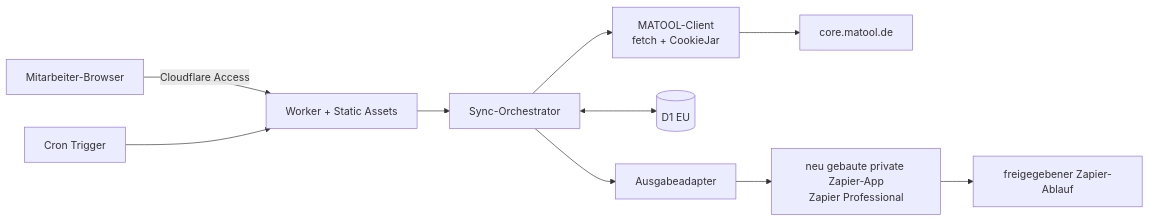
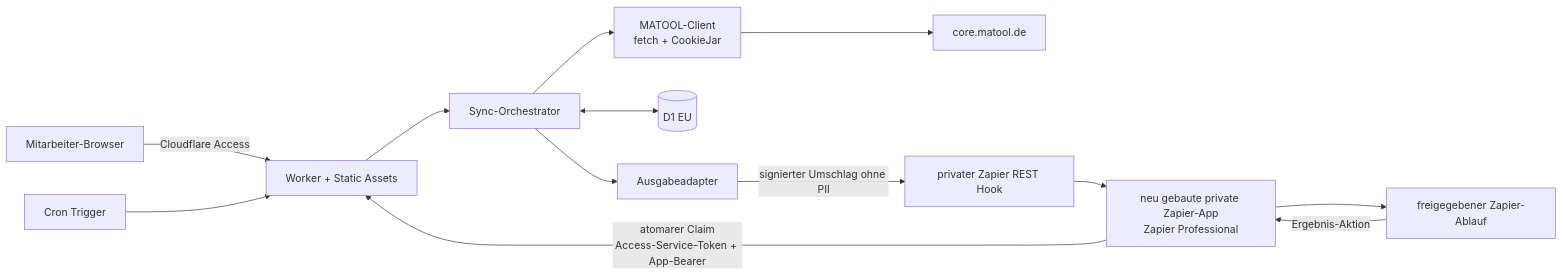
Before and after one commit to KwonRoSportschule/matool-automatisierung: the first of 2 diagrams in docs/architecture.md, drawn with Mermaid. The commit also changed other lines of this file and 54 other files, not shown here.

````diff
--- a/docs/architecture.md
+++ b/docs/architecture.md
@@ -23,12 +23,15 @@
 ```mermaid
 flowchart LR
     A["Mitarbeiter-Browser"] -->|Cloudflare Access| W["Worker + Static Assets"]
     C["Cron Trigger"] --> W
     W --> S["Sync-Orchestrator"]
     S --> M["MATOOL-Client<br/>fetch + CookieJar"]
     M --> H["core.matool.de"]
     S <--> D[("D1 EU")]
     S --> O["Ausgabeadapter"]
-    O --> Z["neu gebaute private Zapier-App<br/>Zapier Professional"]
+    O -->|signierter Umschlag ohne PII| R["privater Zapier REST Hook"]
+    R --> Z["neu gebaute private Zapier-App<br/>Zapier Professional"]
+    Z -->|atomarer Claim<br/>Access-Service-Token + App-Bearer| W
     Z --> P["freigegebener Zapier-Ablauf"]
+    P -->|Ergebnis-Aktion| Z
 ```
````
